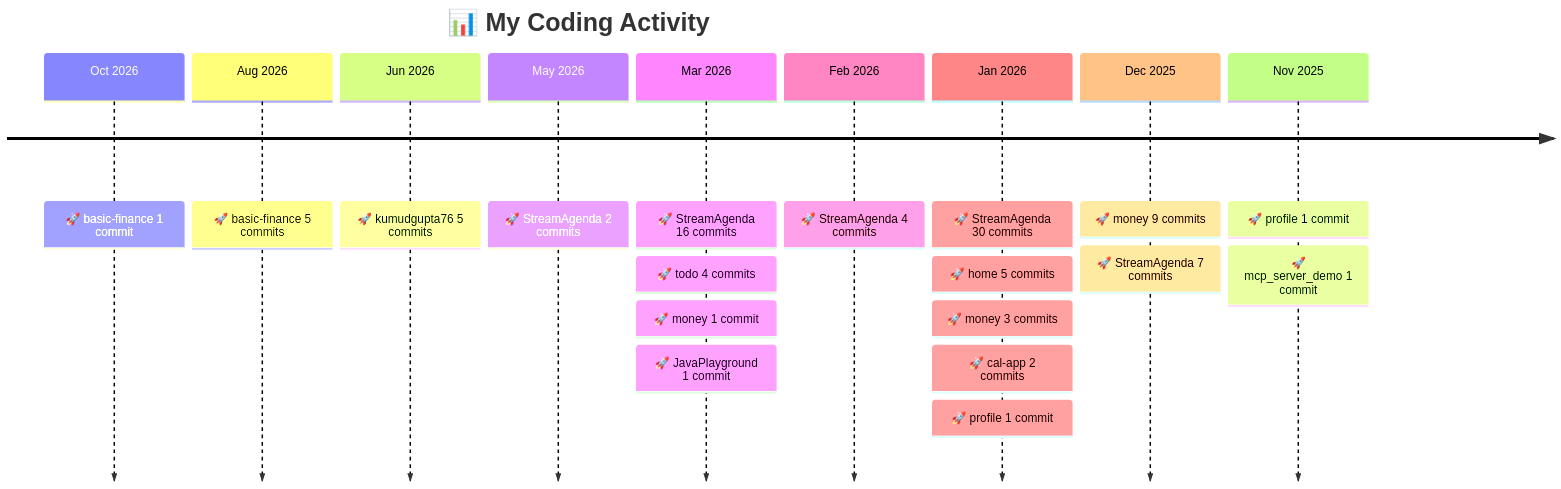
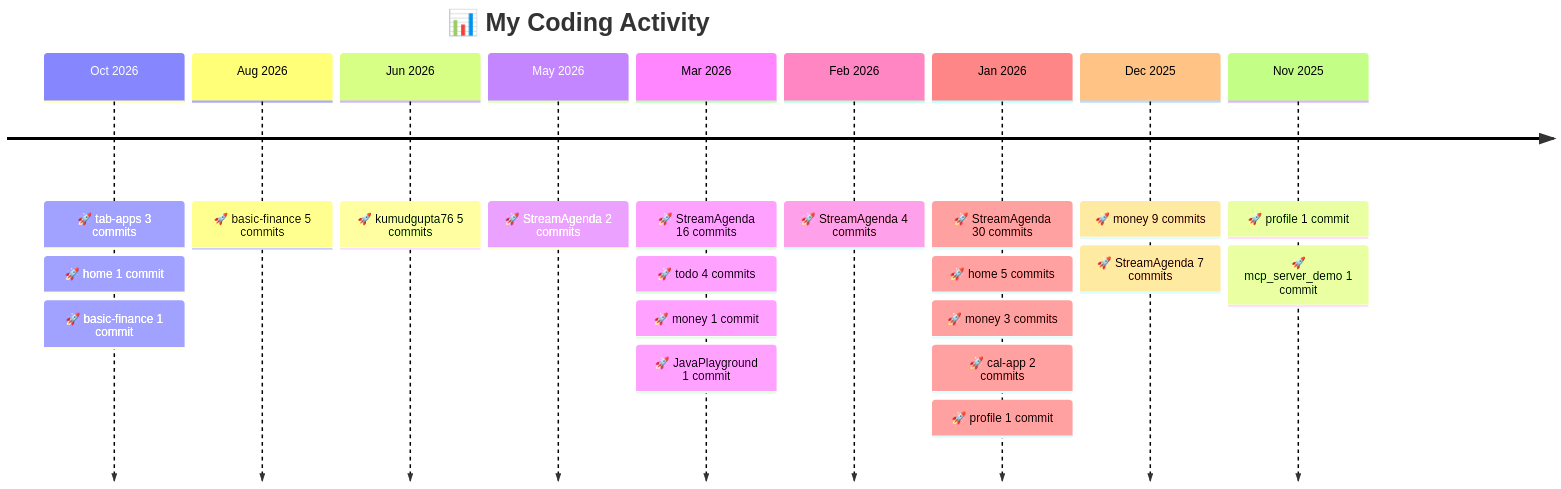
One commit to kumudgupta76/kumudgupta76 changed the diagram in README.md. Above: the diagram before and after it, drawn with Mermaid. The commit also changed other lines of this file, not shown here.

Commit message:
chore: update project timeline [skip ci]

````diff
--- a/README.md
+++ b/README.md
@@ -39,13 +39,13 @@
 ```mermaid
 timeline
     title 📊 My Coding Activity
-    Oct 2026 : 🚀 basic-finance 1 commit
+    Oct 2026 : 🚀 tab-apps 3 commits : 🚀 home 1 commit : 🚀 basic-finance 1 commit
     Aug 2026 : 🚀 basic-finance 5 commits
     Jun 2026 : 🚀 kumudgupta76 5 commits
     May 2026 : 🚀 StreamAgenda 2 commits
     Mar 2026 : 🚀 StreamAgenda 16 commits : 🚀 todo 4 commits : 🚀 money 1 commit : 🚀 JavaPlayground 1 commit
     Feb 2026 : 🚀 StreamAgenda 4 commits
     Jan 2026 : 🚀 StreamAgenda 30 commits : 🚀 home 5 commits : 🚀 money 3 commits : 🚀 cal-app 2 commits : 🚀 profile 1 commit
     Dec 2025 : 🚀 money 9 commits : 🚀 StreamAgenda 7 commits
     Nov 2025 : 🚀 profile 1 commit : 🚀 mcp_server_demo 1 commit
 ```
````
